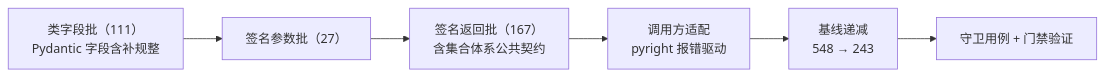
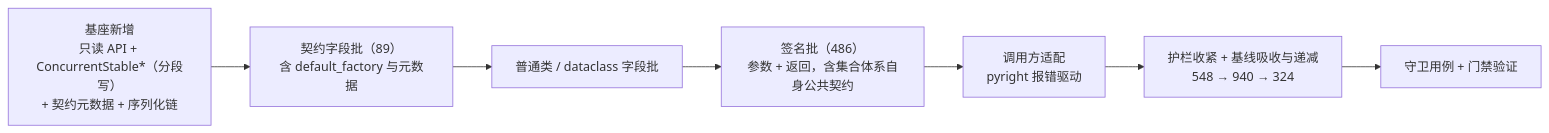
Before and after one commit to minjian123/basic-management-system: the diagram in bms文档/项目/06_认证与安全/任务/08_裸无序集合治理/08_裸无序集合治理_02_bms_core存量整改/设计/01_详细设计_02_bms_core存量整改.md, drawn with Mermaid. The commit also changed other lines of this file and 10 other files, not shown here.

````diff
--- a/bms文档/项目/06_认证与安全/任务/08_裸无序集合治理/08_裸无序集合治理_02_bms_core存量整改/设计/01_详细设计_02_bms_core存量整改.md
+++ b/bms文档/项目/06_认证与安全/任务/08_裸无序集合治理/08_裸无序集合治理_02_bms_core存量整改/设计/01_详细设计_02_bms_core存量整改.md
@@ -158,8 +213,9 @@
 ```mermaid
 flowchart LR
-    A["类字段批（111）<br/>Pydantic 字段含补规整"] --> B["签名参数批（27）"]
-    B --> C["签名返回批（167）<br/>含集合体系公共契约"]
-    C --> D["调用方适配<br/>pyright 报错驱动"]
-    D --> E["基线递减<br/>548 → 243"]
-    E --> F["守卫用例 + 门禁验证"]
+    A["基座新增<br/>只读 API + ConcurrentStable*（分段写）<br/>+ 契约元数据 + 序列化链"] --> B["契约字段批（89）<br/>含 default_factory 与元数据"]
+    B --> C["普通类 / dataclass 字段批"]
+    C --> D["签名批（486）<br/>参数 + 返回，含集合体系自身公共契约"]
+    D --> E["调用方适配<br/>pyright 报错驱动"]
+    E --> F["护栏收紧 + 基线吸收与递减<br/>548 → 940 → 324"]
+    F --> G["守卫用例 + 门禁验证"]
 ```
````
